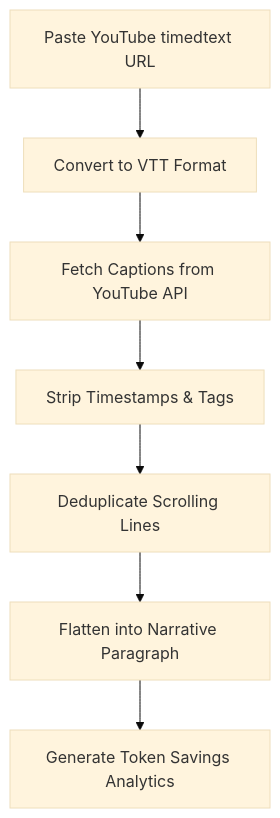
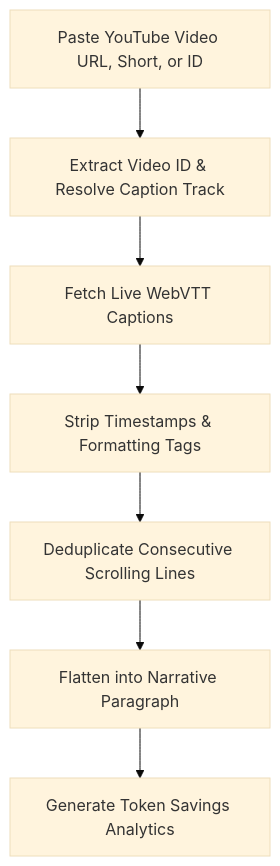
The diagram in README.md (assignment-sets/yt-clean-caption), drawn with Mermaid (base theme) before and after one commit. The commit also changed other lines of this file and 1 other file, not shown here.

Commit message:
docs: update README and AGENT with direct URL pipeline and pywrangler deployment notes
- Update README workflow and Mermaid diagram for direct YouTube URL/Shorts/ID resolution

- Document pywrangler WASM bundling requirement in AGENT.md

- Document YouTube mobile InnerTube session handshake in AGENT.md

````diff
--- a/README.md
+++ b/README.md
@@ -19,9 +19,9 @@
 ```mermaid
 graph TD
-    A[Paste YouTube timedtext URL] --> B[Convert to VTT Format]
-    B --> C[Fetch Captions from YouTube API]
-    C --> D[Strip Timestamps & Tags]
-    D --> E[Deduplicate Scrolling Lines]
-    E --> F[Flatten into Narrative Paragraph]
-    F --> G[Generate Token Savings Analytics]
+    A["Paste YouTube Video URL, Short, or ID"] --> B["Extract Video ID & Resolve Caption Track"]
+    B --> C["Fetch Live WebVTT Captions"]
+    C --> D["Strip Timestamps & Formatting Tags"]
+    D --> E["Deduplicate Consecutive Scrolling Lines"]
+    E --> F["Flatten into Narrative Paragraph"]
+    F --> G["Generate Token Savings Analytics"]
 ```
````
